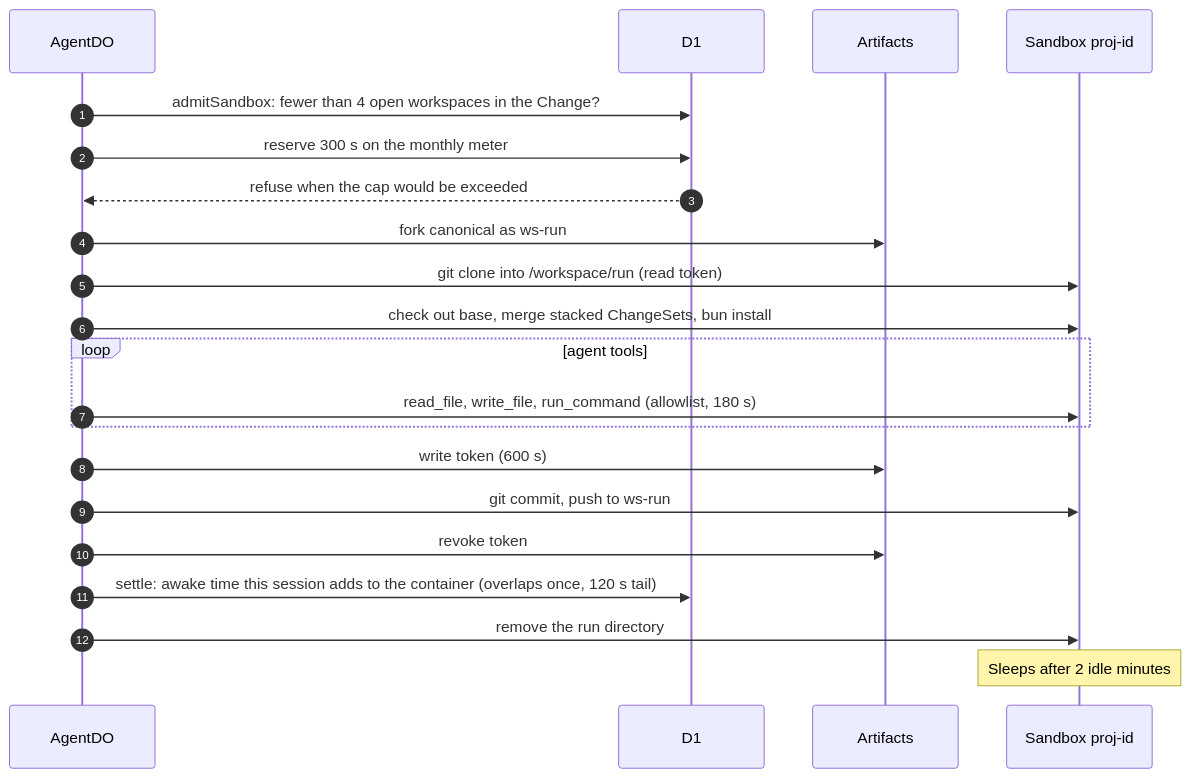
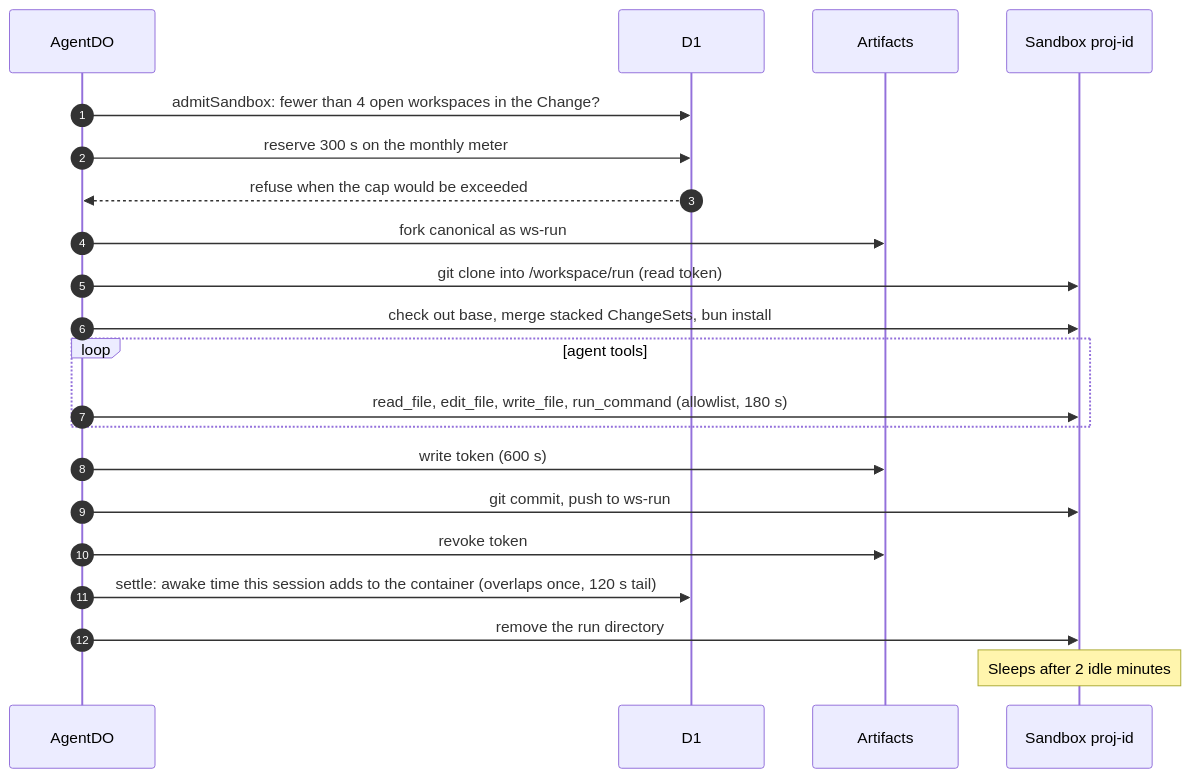
The third of 8 diagrams in docs/architecture/source-and-verification.md (nsudhanva/rhumbatron), drawn with Mermaid before and after one commit. The commit also changed 7 other files, not shown here.

````diff
--- a/docs/architecture/source-and-verification.md
+++ b/docs/architecture/source-and-verification.md
@@ -111,24 +111,24 @@
 ```mermaid
 sequenceDiagram
   autonumber
   participant A as AgentDO
   participant D1 as D1
   participant Art as Artifacts
   participant SBX as Sandbox proj-id
 
   A->>D1: admitSandbox: fewer than 4 open workspaces in the Change?
   A->>D1: reserve 300 s on the monthly meter
   D1-->>A: refuse when the cap would be exceeded
   A->>Art: fork canonical as ws-run
   A->>SBX: git clone into /workspace/run (read token)
   A->>SBX: check out base, merge stacked ChangeSets, bun install
   loop agent tools
-    A->>SBX: read_file, write_file, run_command (allowlist, 180 s)
+    A->>SBX: read_file, edit_file, write_file, run_command (allowlist, 180 s)
   end
   A->>Art: write token (600 s)
   A->>SBX: git commit, push to ws-run
   A->>Art: revoke token
   A->>D1: settle: awake time this session adds to the container (overlaps once, 120 s tail)
   A->>SBX: remove the run directory
   Note over SBX: Sleeps after 2 idle minutes
 ```
````
